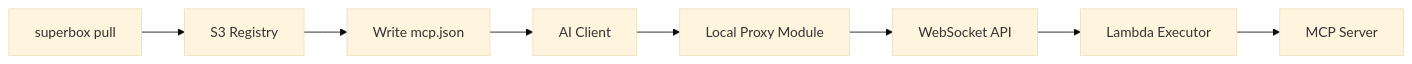
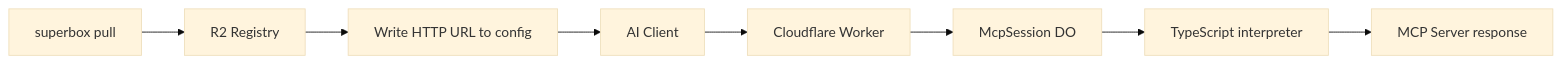
Before and after one commit to areebahmeddd/SuperBox-FE: the diagram in docs/cli/pull.mdx, drawn with Mermaid (base theme). The commit also changed other lines of this file and 43 other files, not shown here.

````diff
--- a/docs/cli/pull.mdx
+++ b/docs/cli/pull.mdx
@@ -69,10 +73,10 @@
 ```mermaid
 graph LR
-    A[superbox pull] --> B[S3 Registry]
-    B --> C[Write mcp.json]
-    C --> D[AI Client]
-    D --> E[Local Proxy Module]
-    E --> F[WebSocket API]
-    F --> G[Lambda Executor]
-    G --> H[MCP Server]
+ A[superbox pull] --> B[R2 Registry]
+ B --> C[Write HTTP URL to config]
+ C --> D[AI Client]
+ D --> E[Cloudflare Worker]
+ E --> F[McpSession DO]
+ F --> G[TypeScript interpreter]
+ G --> H[MCP Server response]
 ```
````
